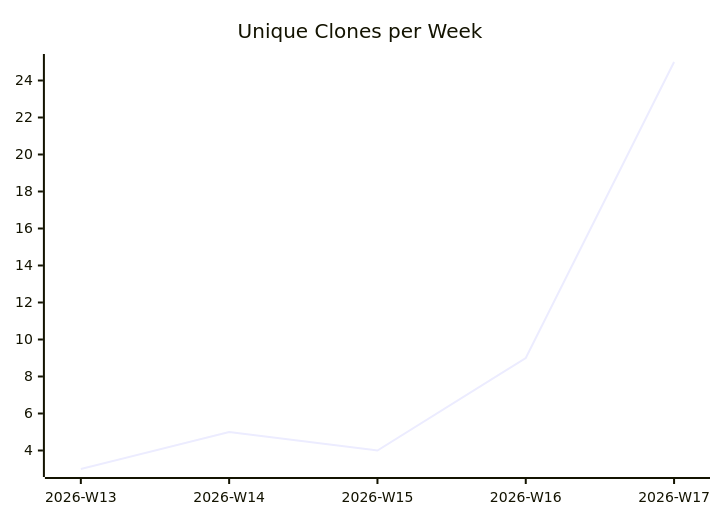
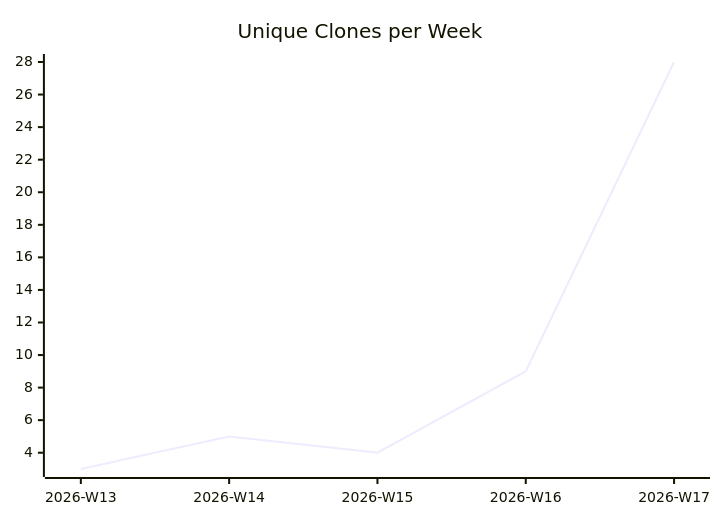
The third of 3 diagrams in karlmdavis/dotfiles/README.md (justdavis-family/github-analytics-data), drawn with Mermaid before and after one commit. The commit also changed other lines of this file and 197 other files, not shown here.

````diff
--- a/karlmdavis/dotfiles/README.md
+++ b/karlmdavis/dotfiles/README.md
@@ -19,6 +19,6 @@
 ```mermaid
 xychart-beta
   title "Unique Clones per Week"
   x-axis ["2026-W13", "2026-W14", "2026-W15", "2026-W16", "2026-W17"]
-  line [3, 5, 4, 9, 25]
+  line [3, 5, 4, 9, 28]
 ```
````
